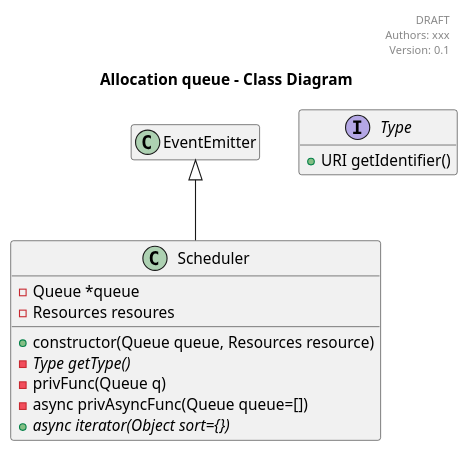
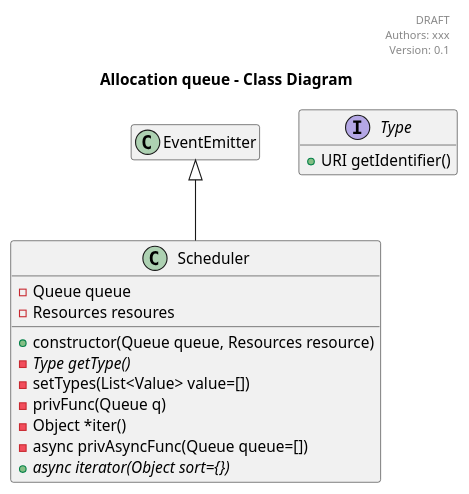
Before and after one commit to jupe/puml2code: the diagram in examples/sample.puml, drawn with PlantUML. The commit also changed 6 other files, not shown here.

```diff
--- a/examples/sample.puml
+++ b/examples/sample.puml
@@ -1,33 +1,35 @@
 @startuml
 
 header
 DRAFT
 Authors: xxx
 Version: 0.1
 endheader
 
 hide empty members
 
 title Allocation queue - Class Diagram
 
 
 interface Type {
     +URI getIdentifier()
 }
 
 class Scheduler {
     +constructor(Queue queue, Resources resource)
     -{abstract}Type getType()
+    -setTypes(List<Value> value=[])
     -privFunc(Queue q)
+    -Object *iter()
     -async privAsyncFunc(Queue queue=[])
     +{abstract} async iterator(Object sort={})
-    -Queue *queue
+    -Queue queue
     -Resources resoures
 }
 
 
 class EventEmitter
 Scheduler -up-|> EventEmitter
 
 
 @enduml
```
